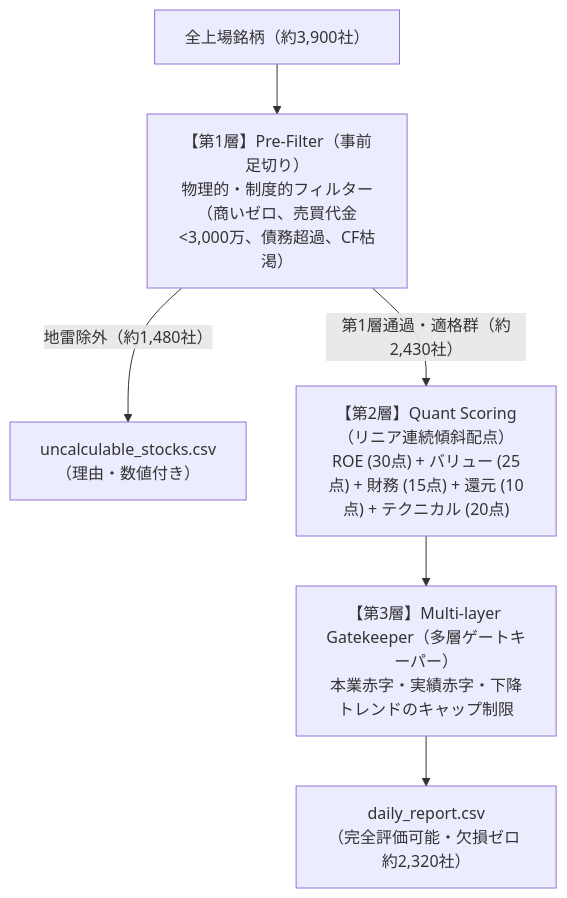
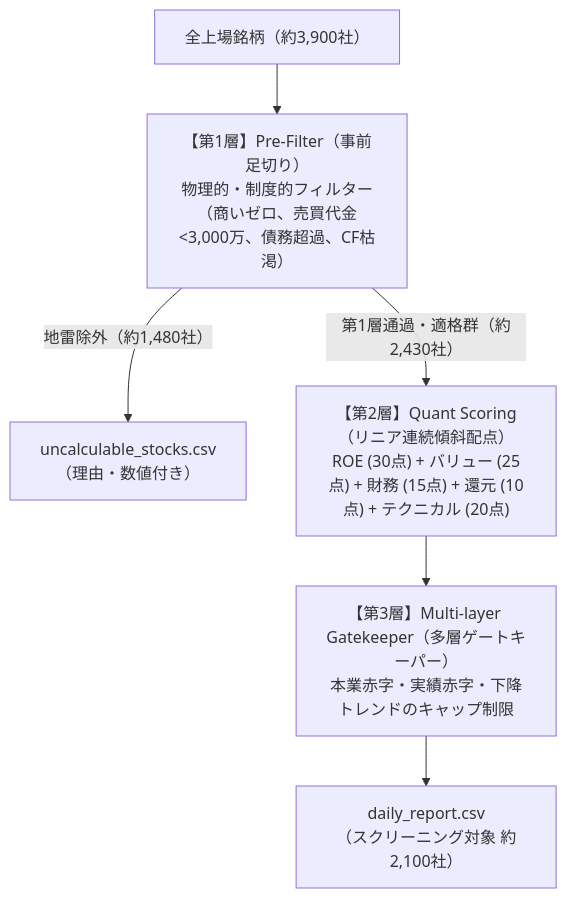
Before and after one commit to akkyey/stock-analyzer-core: the diagram in docs/designs/csv_agent_reading_guide.md, drawn with Mermaid. The commit also changed other lines of this file and 9 other files, not shown here.

````diff
--- a/docs/designs/csv_agent_reading_guide.md
+++ b/docs/designs/csv_agent_reading_guide.md
@@ -125,8 +129,8 @@
 ```mermaid
 flowchart TD
     A["全上場銘柄（約3,900社）"] --> B["【第1層】Pre-Filter（事前足切り）<br>物理的・制度的フィルター<br>（商いゼロ、売買代金<3,000万、債務超過、CF枯渇）"]
     B -- 地雷除外（約1,480社） --> C["uncalculable_stocks.csv<br>（理由・数値付き）"]
     B -- 第1層通過・適格群（約2,430社） --> D["【第2層】Quant Scoring（リニア連続傾斜配点）<br>ROE (30点) + バリュー (25点) + 財務 (15点) + 還元 (10点) + テクニカル (20点)"]
     D --> E["【第3層】Multi-layer Gatekeeper（多層ゲートキーパー）<br>本業赤字・実績赤字・下降トレンドのキャップ制限"]
-    E --> F["daily_report.csv<br>（完全評価可能・欠損ゼロ 約2,320社）"]
+    E --> F["daily_report.csv<br>（スクリーニング対象 約2,100社）"]
 ```
````
